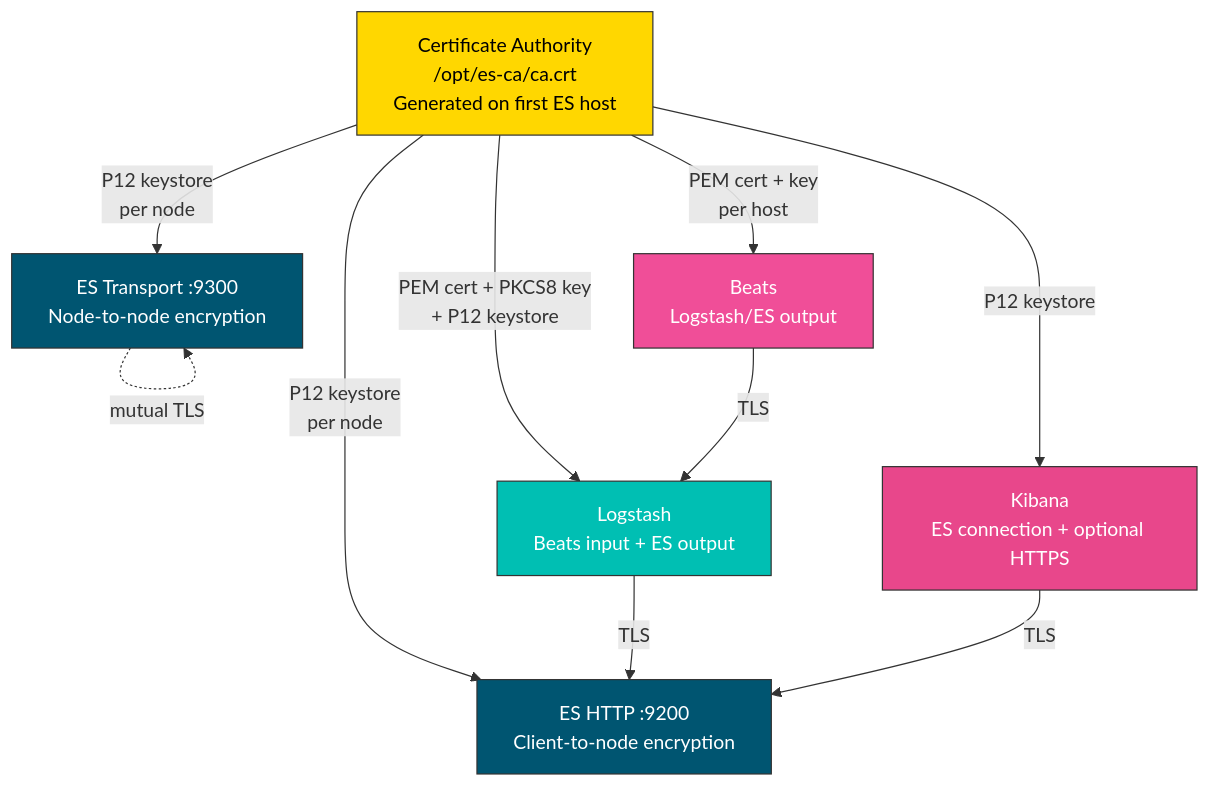
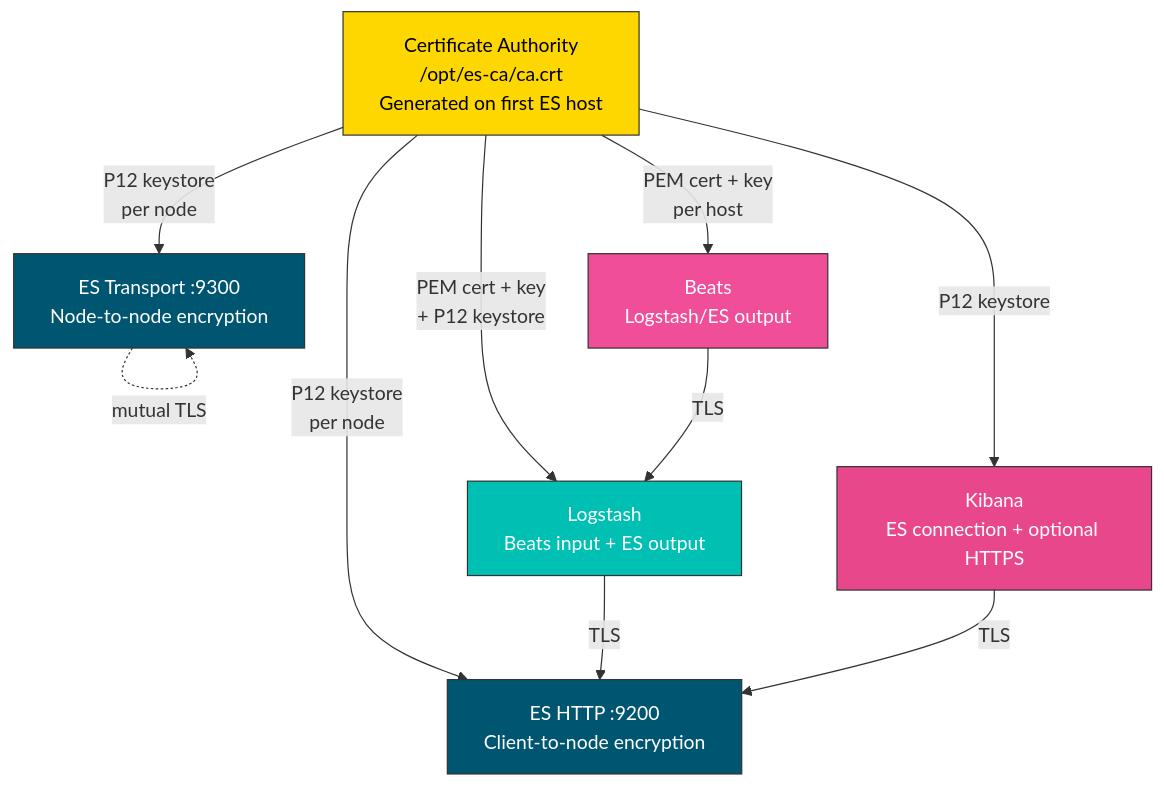
One commit to Oddly/elasticstack changed the diagram in docs/guide/tls.md. Above: the diagram before and after it, drawn with Mermaid. The commit also changed other lines of this file and 11 other files, not shown here.

````diff
--- a/docs/guide/tls.md
+++ b/docs/guide/tls.md
@@ -9,22 +9,22 @@
 ```mermaid
 graph TD
     CA["Certificate Authority<br/>/opt/es-ca/ca.crt<br/>Generated on first ES host"]
 
     CA -->|"P12 keystore<br/>per node"| ES_T["ES Transport :9300<br/>Node-to-node encryption"]
     CA -->|"P12 keystore<br/>per node"| ES_H["ES HTTP :9200<br/>Client-to-node encryption"]
     CA -->|"P12 keystore"| KB["Kibana<br/>ES connection + optional HTTPS"]
-    CA -->|"PEM cert + PKCS8 key<br/>+ P12 keystore"| LS["Logstash<br/>Beats input + ES output"]
+    CA -->|"PEM cert + key<br/>+ P12 keystore"| LS["Logstash<br/>Beats input + ES output"]
     CA -->|"PEM cert + key<br/>per host"| BT["Beats<br/>Logstash/ES output"]
 
     ES_T -.->|"mutual TLS"| ES_T
     BT -->|"TLS"| LS
     LS -->|"TLS"| ES_H
     KB -->|"TLS"| ES_H
 
     style CA fill:#ffd700,stroke:#333,color:#000
     style ES_T fill:#005571,stroke:#333,color:#fff
     style ES_H fill:#005571,stroke:#333,color:#fff
     style KB fill:#e8478b,stroke:#333,color:#fff
     style LS fill:#00bfb3,stroke:#333,color:#fff
     style BT fill:#f04e98,stroke:#333,color:#fff
 ```
````
